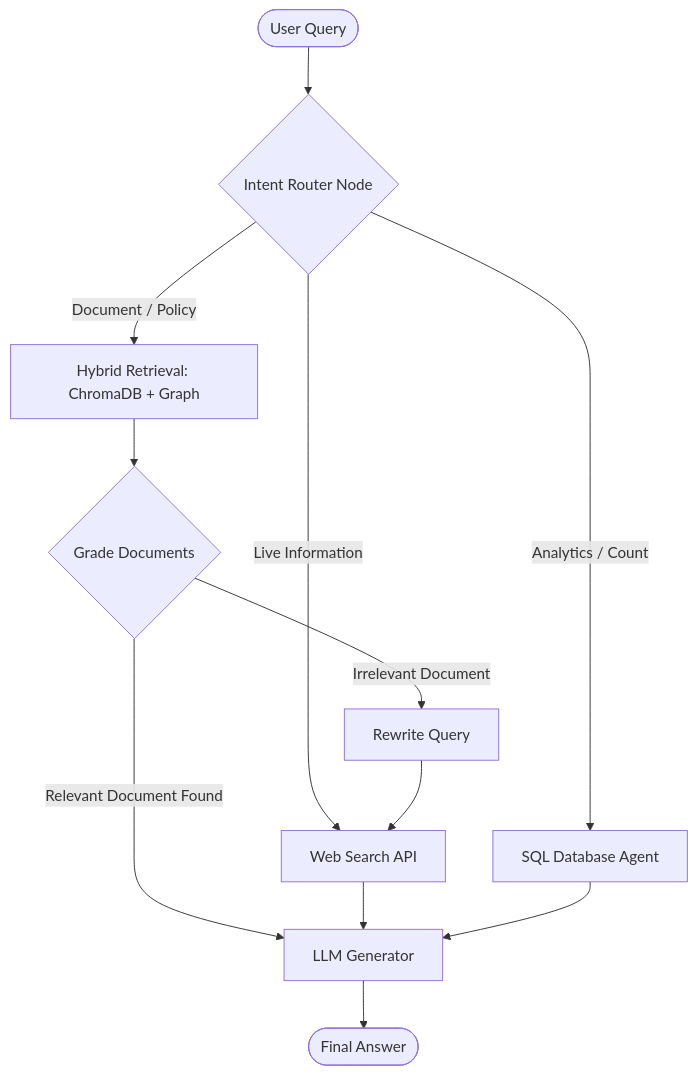
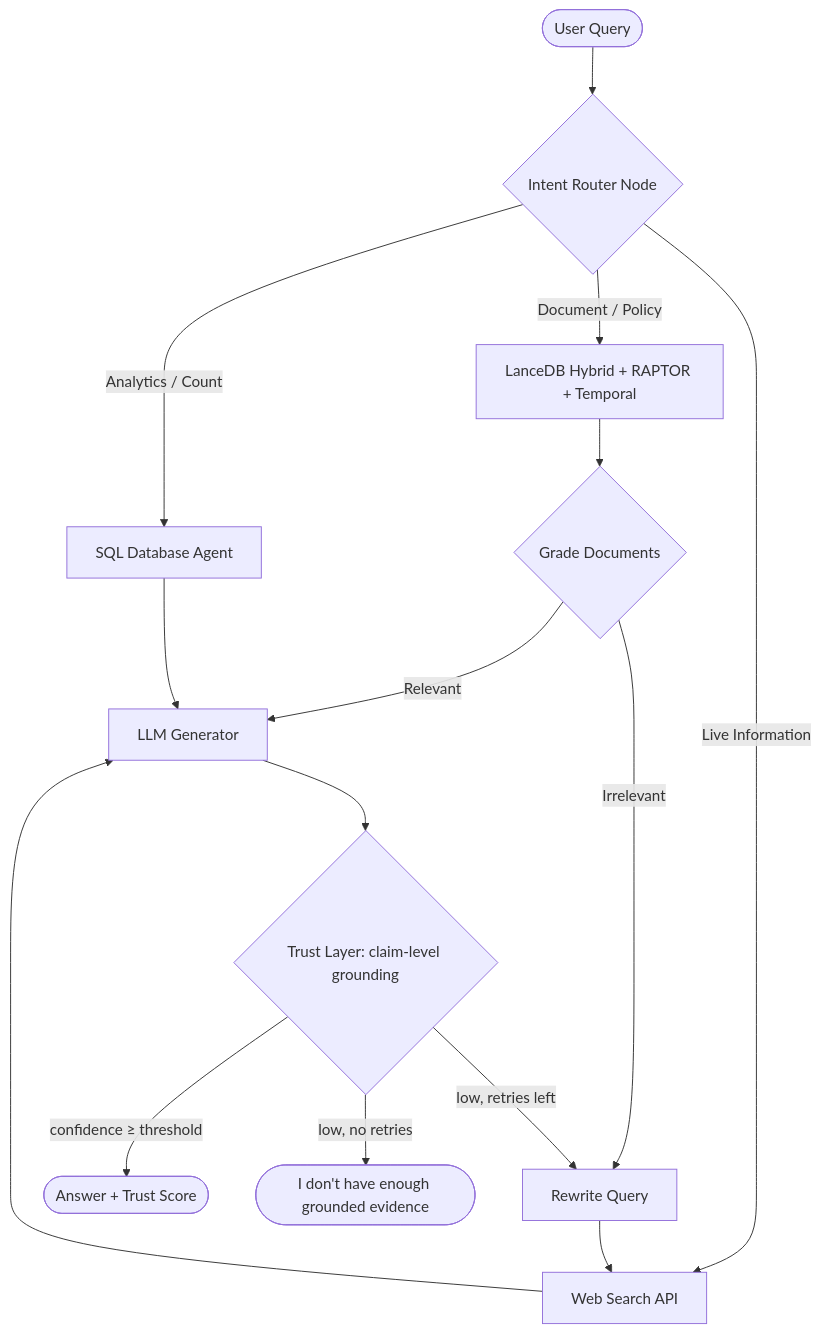
The diagram in README.md (TushirSahu/CRAG), drawn with Mermaid before and after one commit. The commit also changed other lines of this file and 24 other files, not shown here.

First line of the commit message:
Evolve CRAG into an Agentic Knowledge Engine (LanceDB + RAPTOR + temporal + trust)

````diff
--- a/README.md
+++ b/README.md
@@ -30,18 +42,21 @@
 ```mermaid
 graph TD
     User([User Query]) --> Router{Intent Router Node}
-    
-    Router -->|Document / Policy| Retriever[Hybrid Retrieval: ChromaDB + Graph]
+
+    Router -->|Document / Policy| Retriever[LanceDB Hybrid + RAPTOR + Temporal]
     Router -->|Analytics / Count| SQL[SQL Database Agent]
     Router -->|Live Information| Web[Web Search API]
-    
+
     Retriever --> Grader{Grade Documents}
-    Grader -->|Relevant Document Found| Generator[LLM Generator]
-    Grader -->|Irrelevant Document| Rewriter[Rewrite Query]
-    
+    Grader -->|Relevant| Generator[LLM Generator]
+    Grader -->|Irrelevant| Rewriter[Rewrite Query]
+
     Rewriter --> Web
     Web --> Generator
     SQL --> Generator
-    
-    Generator --> Output([Final Answer])
+
+    Generator --> Verify{Trust Layer: claim-level grounding}
+    Verify -->|confidence ≥ threshold| Output([Answer + Trust Score])
+    Verify -->|low, retries left| Rewriter
+    Verify -->|low, no retries| Abstain([I don't have enough grounded evidence])
 ```
````
